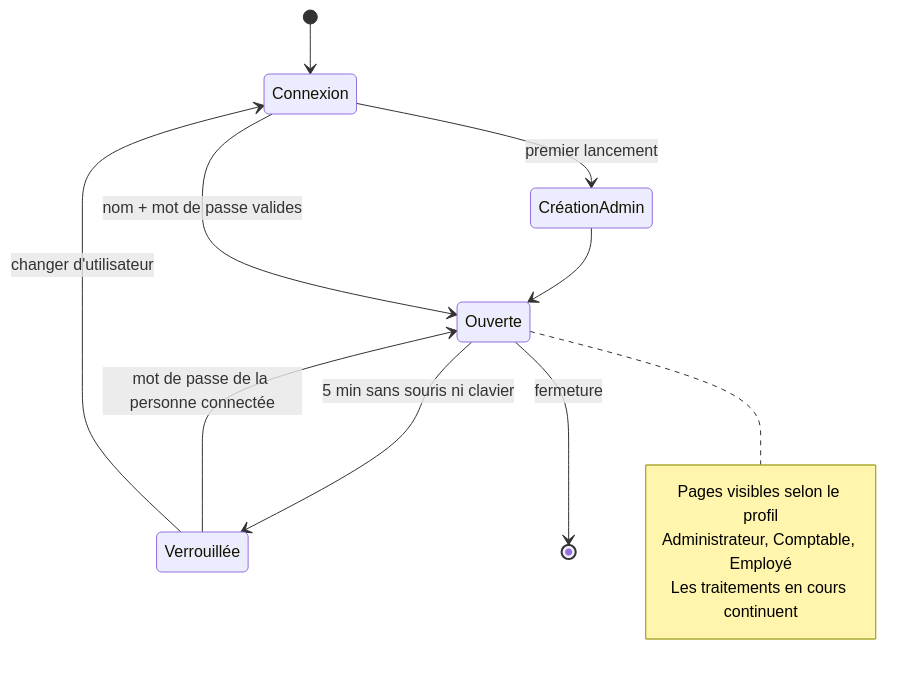
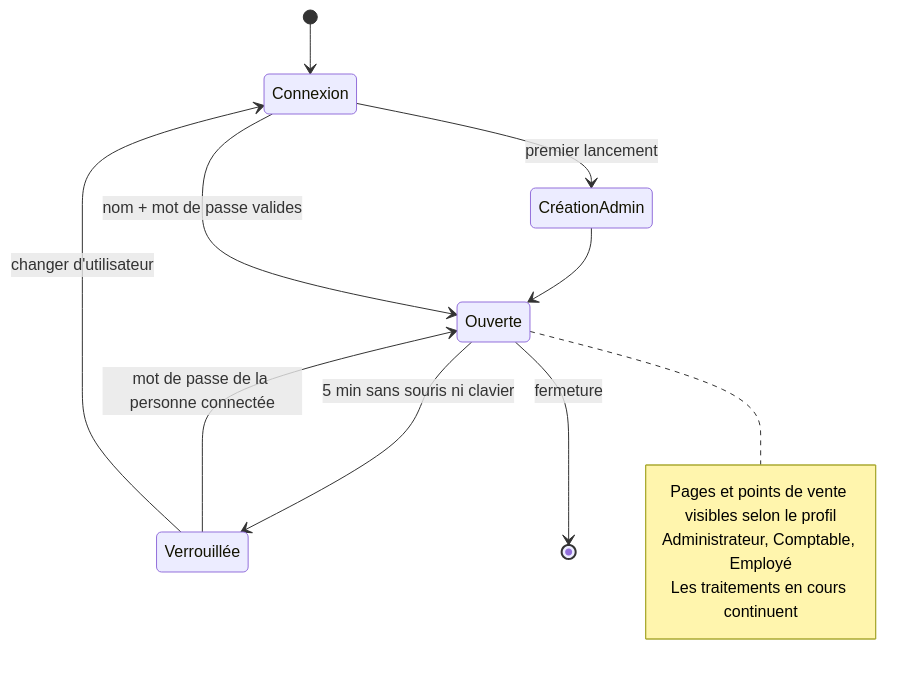
One commit to mteingueng-dot/MVOGMBI_Sync_2026.1 changed the tenth of 13 diagrams in ARCHITECTURE.md. Above: the diagram before and after it, drawn with Mermaid. The commit also changed other lines of this file and 32 other files, not shown here.

First line of the commit message:
Points de vente multiples, factures fournisseurs par courriel, archivage des factures déjà dans Sage, filtre de dates page 9 et enregistrement automatique page 8 (versions 1.9.30 à 1.12.2)

````diff
--- a/ARCHITECTURE.md
+++ b/ARCHITECTURE.md
@@ -298,16 +301,16 @@
 ```mermaid
 stateDiagram-v2
     [*] --> Connexion
     Connexion --> CréationAdmin: premier lancement
     CréationAdmin --> Ouverte
     Connexion --> Ouverte: nom + mot de passe valides
     Ouverte --> Verrouillée: 5 min sans souris ni clavier
     Verrouillée --> Ouverte: mot de passe de la personne connectée
     Verrouillée --> Connexion: changer d'utilisateur
     Ouverte --> [*]: fermeture
     note right of Ouverte
-        Pages visibles selon le profil
+        Pages et points de vente visibles selon le profil
         Administrateur, Comptable, Employé
         Les traitements en cours continuent
     end note
 ```
````
